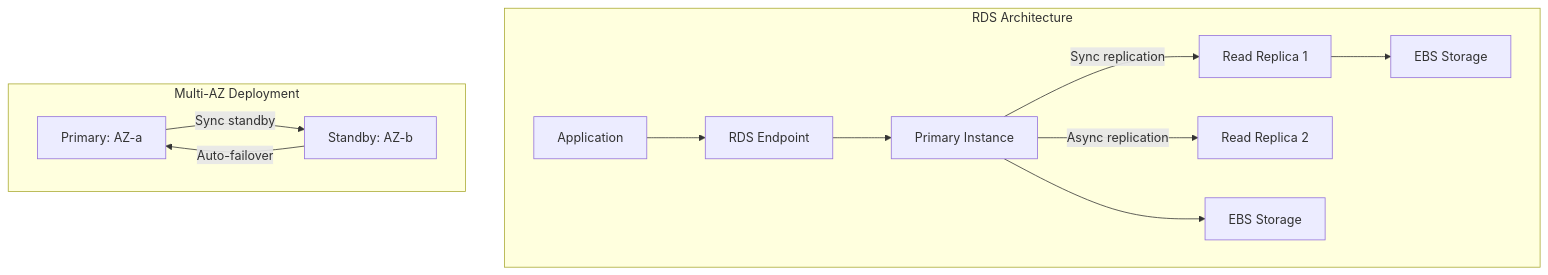
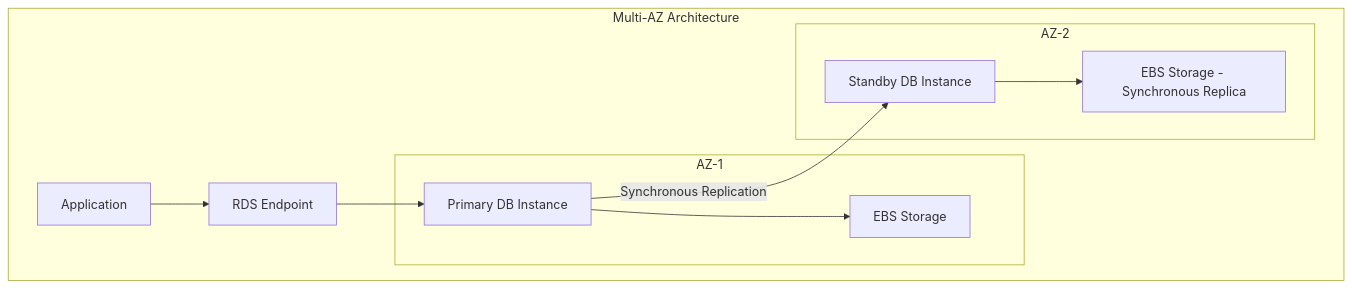
One commit to vanos001/placement_prep changed the third of 9 diagrams in src/cloud/aws/rds.md. Above: the diagram before and after it, drawn with Mermaid. The commit also changed other lines of this file and 18 other files, not shown here.

````diff
--- a/src/cloud/aws/rds.md
+++ b/src/cloud/aws/rds.md
@@ -26,17 +63,23 @@
 ```mermaid
-graph TD
-    subgraph RDS_Arch[RDS Architecture]
-        APP[Application] --> ENDPOINT[RDS Endpoint]
-        ENDPOINT --> PRIMARY[Primary Instance]
-        PRIMARY -->|Sync replication| REPLICA1[Read Replica 1]
-        PRIMARY -->|Async replication| REPLICA2[Read Replica 2]
+graph TB
+    subgraph "Multi-AZ Architecture"
+        APP_MA[Application]
+        EP_MA[RDS Endpoint]
 
-        PRIMARY --> EBS[EBS Storage]
-        REPLICA1 --> EBS2[EBS Storage]
-    end
+        subgraph "AZ-1"
+            PRIMARY[Primary DB Instance]
+            EBS_P[EBS Storage]
+        end
 
-    subgraph MultiAZ[Multi-AZ Deployment]
-        PRIMARY_MA[Primary: AZ-a] -->|Sync standby| STANDBY[Standby: AZ-b]
-        STANDBY -->|Auto-failover| PRIMARY_MA
+        subgraph "AZ-2"
+            STANDBY_MA[Standby DB Instance]
+            EBS_S[EBS Storage - Synchronous Replica]
+        end
+
+        APP_MA --> EP_MA
+        EP_MA --> PRIMARY
+        PRIMARY --> EBS_P
+        PRIMARY --> |Synchronous Replication| STANDBY_MA
+        STANDBY_MA --> EBS_S
     end
 ```
````
